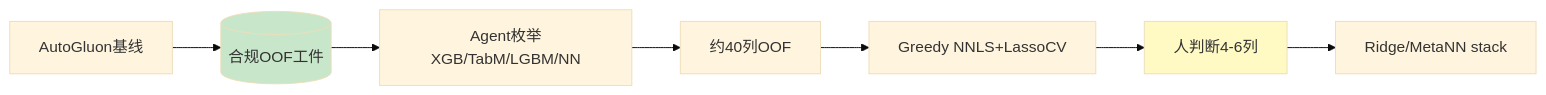
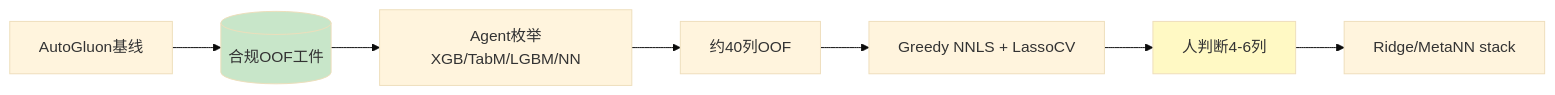
One commit to wizardforcel/vibe-kaggle changed the diagram in docs/chapters/chapter05.md. Above: the diagram before and after it, drawn with Mermaid (base theme). The commit also changed other lines of this file, not shown here.

````diff
--- a/docs/chapters/chapter05.md
+++ b/docs/chapters/chapter05.md
@@ -13,11 +17,11 @@
 ```mermaid
 flowchart LR
     A[AutoGluon基线] --> B[(合规OOF工件)]
     B --> C[Agent枚举XGB/TabM/LGBM/NN]
     C --> D[约40列OOF]
-    D --> E[Greedy NNLS+LassoCV]
+    D --> E[Greedy NNLS + LassoCV]
     E --> F[人判断4-6列]
     F --> G[Ridge/MetaNN stack]
     style B fill:#c8e6c9
     style F fill:#fff9c4
 ```
````
